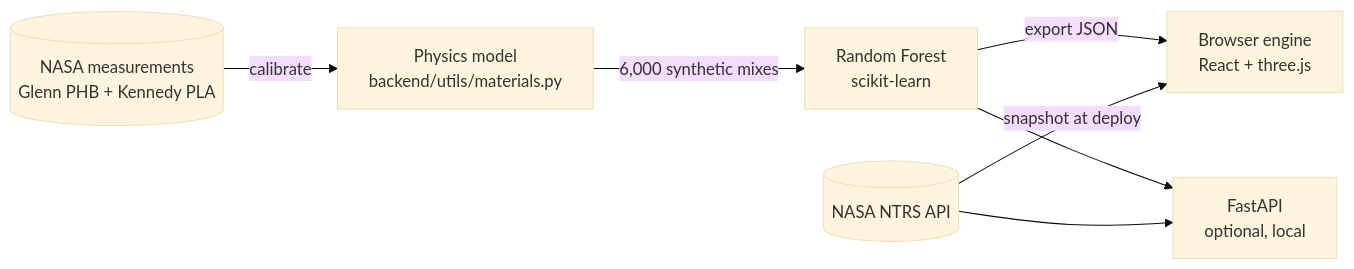
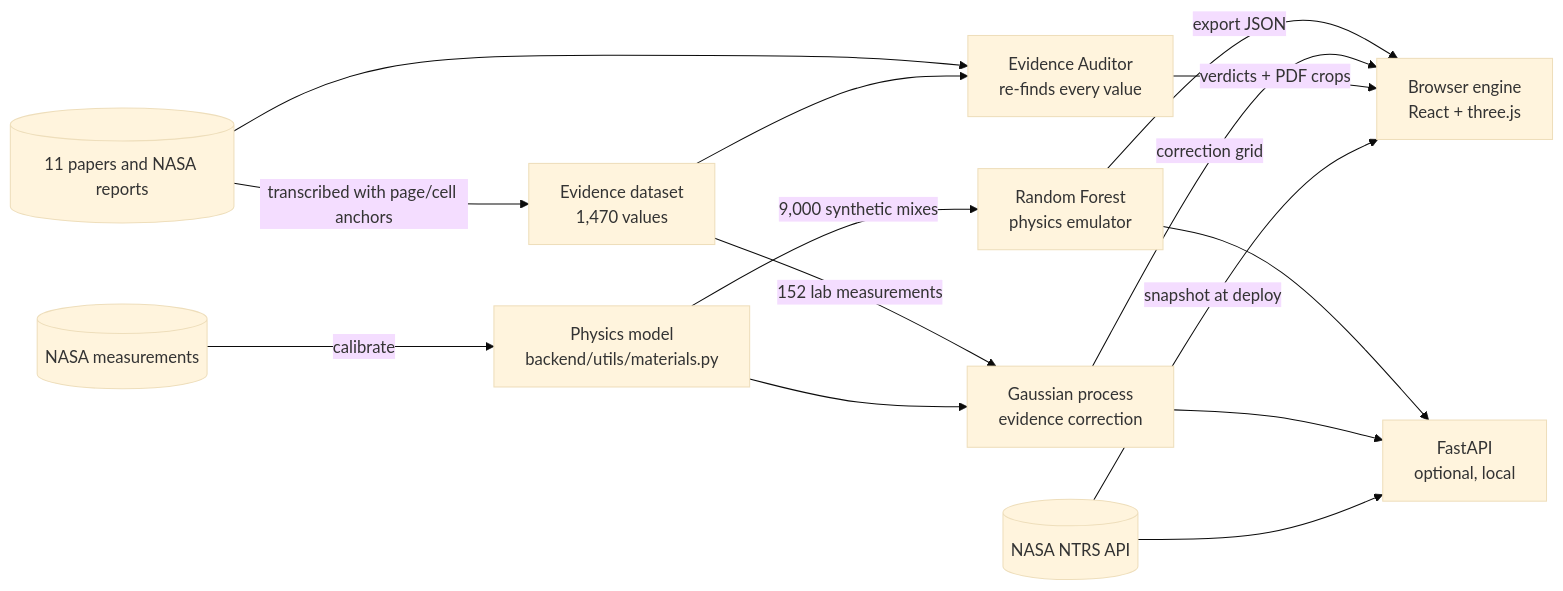
Before and after one commit to md8-habibullah/moon-material-simulator: the diagram in README.md, drawn with Mermaid (base theme). The commit also changed other lines of this file and 237 other files, not shown here.

````diff
--- a/README.md
+++ b/README.md
@@ -71,9 +86,17 @@
 ```mermaid
 flowchart LR
-    NASA[(NASA measurements<br/>Glenn PHB + Kennedy PLA)] -->|calibrate| PHYS[Physics model<br/>backend/utils/materials.py]
-    PHYS -->|6,000 synthetic mixes| RF[Random Forest<br/>scikit-learn]
+    PDF[(11 papers and NASA reports)] -->|transcribed with page/cell anchors| EV[Evidence dataset<br/>1,470 values]
+    PDF --> AUD[Evidence Auditor<br/>re-finds every value]
+    EV --> AUD
+    NASA[(NASA measurements)] -->|calibrate| PHYS[Physics model<br/>backend/utils/materials.py]
+    PHYS -->|9,000 synthetic mixes| RF[Random Forest<br/>physics emulator]
+    EV -->|152 lab measurements| GP[Gaussian process<br/>evidence correction]
+    PHYS --> GP
     RF -->|export JSON| WEB[Browser engine<br/>React + three.js]
+    GP -->|correction grid| WEB
+    AUD -->|verdicts + PDF crops| WEB
     RF --> API[FastAPI<br/>optional, local]
+    GP --> API
     NTRS[(NASA NTRS API)] --> API
     NTRS -->|snapshot at deploy| WEB
 ```
````
